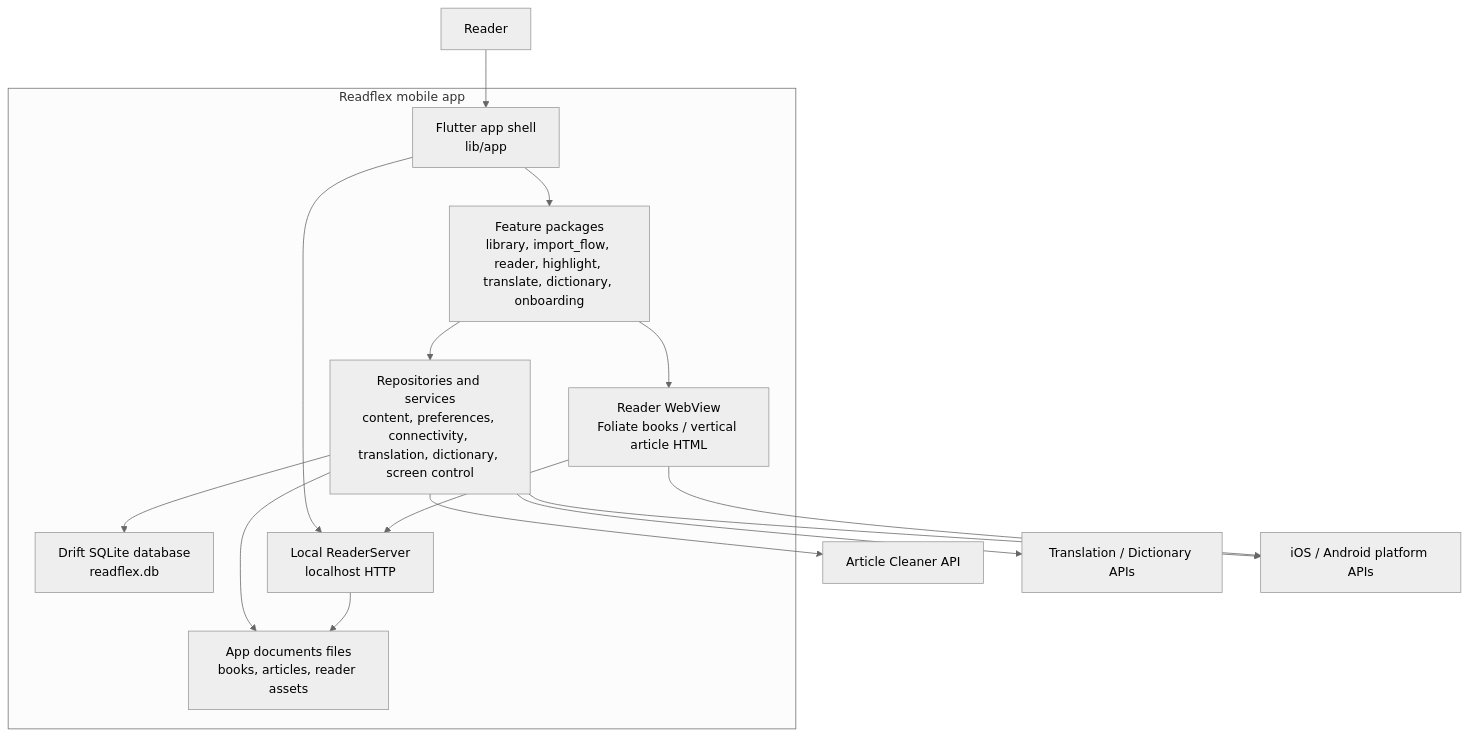
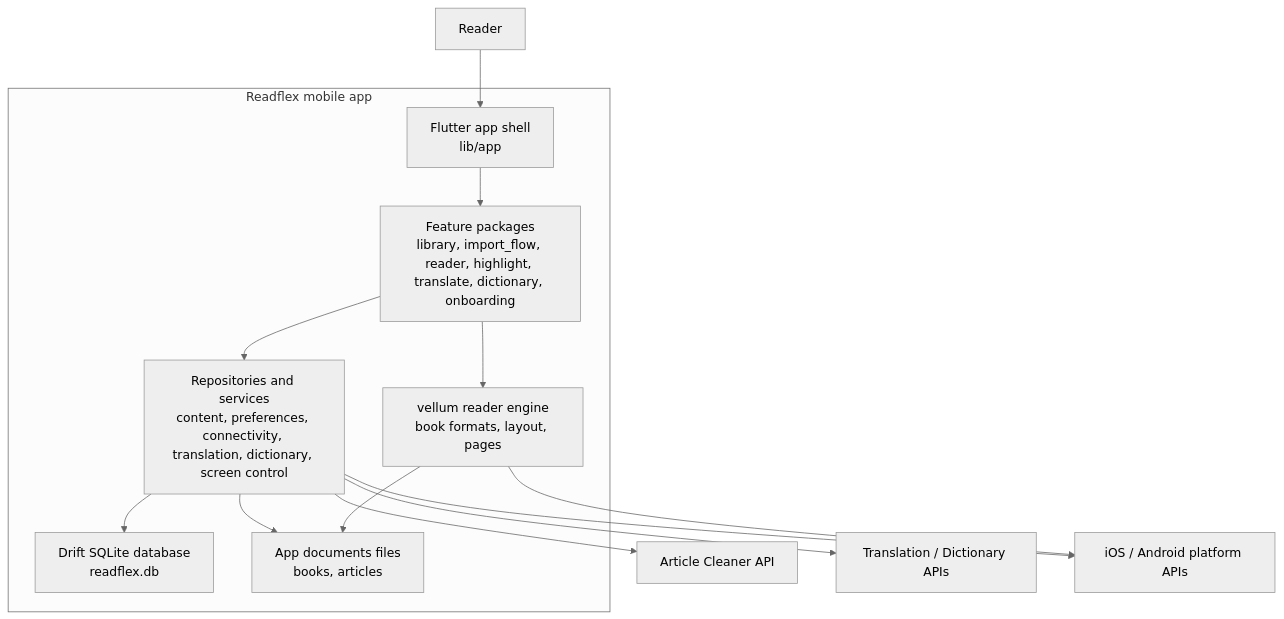
One commit to abra/readflex changed the second of 8 diagrams in C4_MODEL.md. Above: the diagram before and after it, drawn with Mermaid (neutral theme). The commit also changed other lines of this file and 1153 other files, not shown here.

First line of the commit message:
Migrate reader to Vellum and accelerate MOBI/KF8 with Rust

````diff
--- a/C4_MODEL.md
+++ b/C4_MODEL.md
@@ -57,32 +57,29 @@
 ```mermaid
 flowchart TB
   user["Reader"]
 
   subgraph mobile["Readflex mobile app"]
     appShell["Flutter app shell\nlib/app"]
     features["Feature packages\nlibrary, import_flow, reader, highlight, translate, dictionary, onboarding"]
     repos["Repositories and services\ncontent, preferences, connectivity, translation, dictionary, screen control"]
     db["Drift SQLite database\nreadflex.db"]
-    files["App documents files\nbooks, articles, reader assets"]
-    server["Local ReaderServer\nlocalhost HTTP"]
-    webview["Reader WebView\nFoliate books / vertical article HTML"]
+    files["App documents files\nbooks, articles"]
+    engine["vellum reader engine\nbook formats, layout, pages"]
   end
 
   cleaner["Article Cleaner API"]
   remoteApis["Translation / Dictionary APIs"]
   platform["iOS / Android platform APIs"]
 
   user --> appShell
   appShell --> features
   features --> repos
   repos --> db
   repos --> files
-  appShell --> server
-  server --> files
-  features --> webview
-  webview --> server
+  features --> engine
+  engine --> files
   repos --> cleaner
   repos --> remoteApis
   repos --> platform
-  webview --> platform
+  engine --> platform
 ```
````
